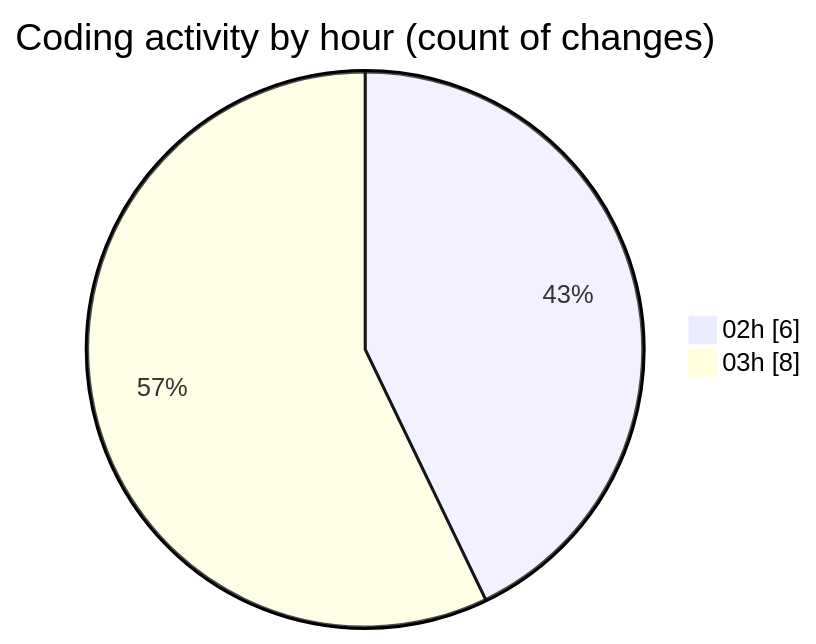
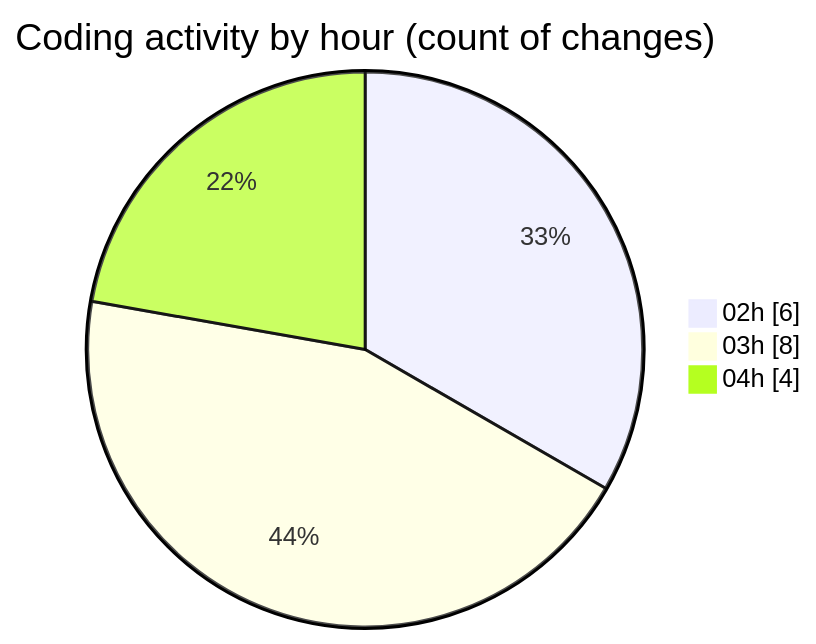
The second of 2 diagrams in 2025-07-03/cursor/README.md (FelipKnott/code-tracking), drawn with Mermaid before and after one commit. The commit also changed other lines of this file and 1 other file, not shown here.

````diff
--- a/2025-07-03/cursor/README.md
+++ b/2025-07-03/cursor/README.md
@@ -32,6 +34,7 @@
 ```mermaid
 pie showData
 title Coding activity by hour (count of changes)
 "02h" : 6
 "03h" : 8
+"04h" : 4
 ```
````
